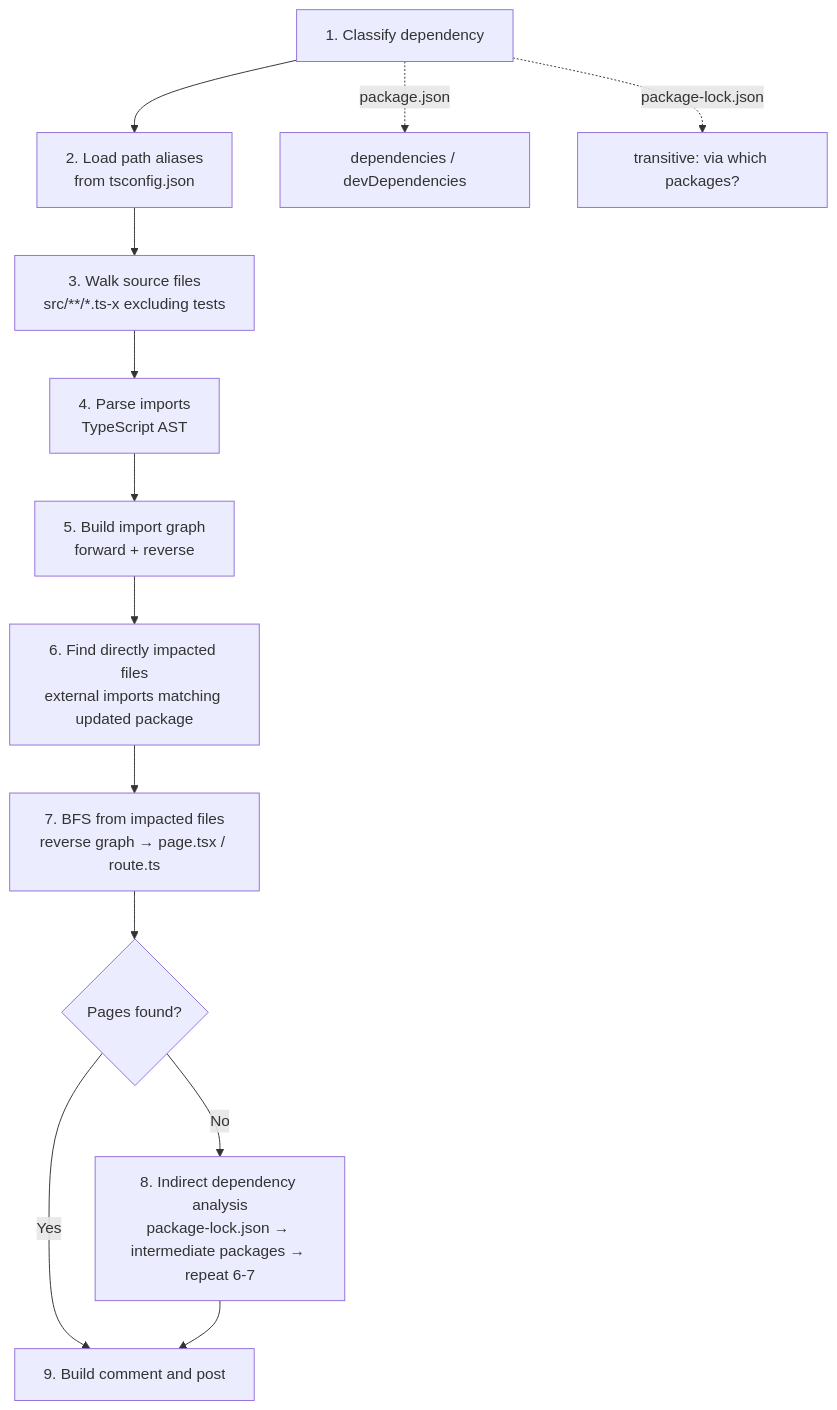
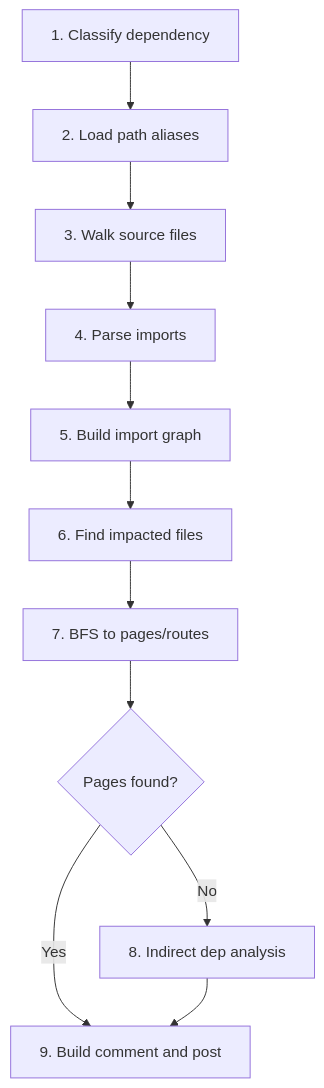
One commit to nokki-y/dependabot-insight changed the second of 4 diagrams in docs/design.md. Above: the diagram before and after it, drawn with Mermaid. The commit also changed other lines of this file and 3 other files, not shown here.

First line of the commit message:
Simplify all Mermaid diagrams: short labels + detail tables

````diff
--- a/docs/design.md
+++ b/docs/design.md
@@ -86,16 +86,13 @@
 ```mermaid
 flowchart TD
-    S1[1. Classify dependency] --> S2[2. Load path aliases<br>from tsconfig.json]
-    S2 --> S3[3. Walk source files<br>src/**/*.ts-x excluding tests]
-    S3 --> S4[4. Parse imports<br>TypeScript AST]
-    S4 --> S5[5. Build import graph<br>forward + reverse]
-    S5 --> S6[6. Find directly impacted files<br>external imports matching updated package]
-    S6 --> S7[7. BFS from impacted files<br>reverse graph → page.tsx / route.ts]
+    S1[1. Classify dependency] --> S2[2. Load path aliases]
+    S2 --> S3[3. Walk source files]
+    S3 --> S4[4. Parse imports]
+    S4 --> S5[5. Build import graph]
+    S5 --> S6[6. Find impacted files]
+    S6 --> S7[7. BFS to pages/routes]
     S7 --> CHECK{Pages found?}
     CHECK -->|Yes| S9[9. Build comment and post]
-    CHECK -->|No| S8[8. Indirect dependency analysis<br>package-lock.json → intermediate packages → repeat 6-7]
+    CHECK -->|No| S8[8. Indirect dep analysis]
     S8 --> S9
-
-    S1 -.->|package.json| S1A[dependencies / devDependencies]
-    S1 -.->|package-lock.json| S1B[transitive: via which packages?]
 ```
````
